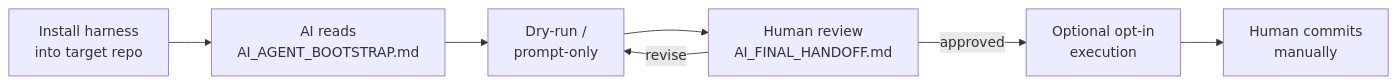
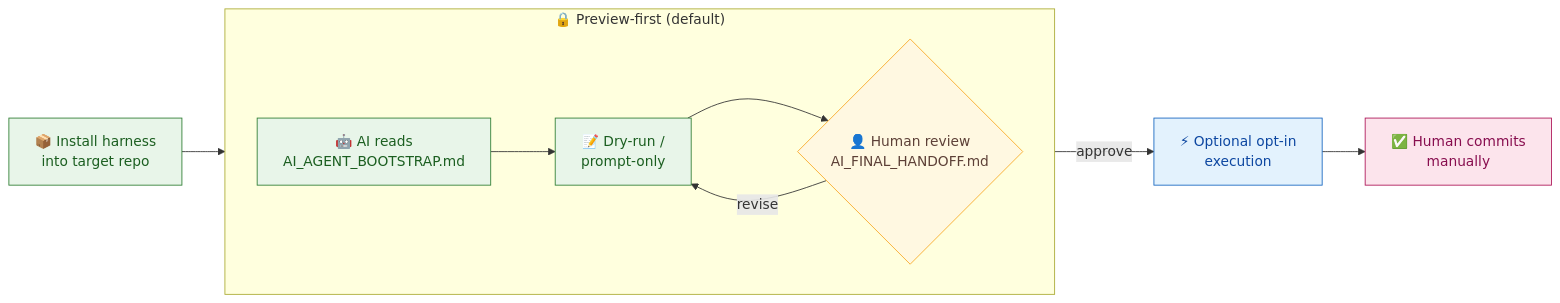
One commit to hwan96-ai/ai-service-template changed the diagram in README.md. Above: the diagram before and after it, drawn with Mermaid. The commit also changed other lines of this file and 3 other files, not shown here.

````diff
--- a/README.md
+++ b/README.md
@@ -25,9 +27,23 @@
 ```mermaid
 flowchart LR
-    A[Install harness<br/>into target repo] --> B[AI reads<br/>AI_AGENT_BOOTSTRAP.md]
-    B --> C[Dry-run /<br/>prompt-only]
-    C --> D[Human review<br/>AI_FINAL_HANDOFF.md]
-    D -->|approved| E[Optional opt-in<br/>execution]
+    A["📦 Install harness<br/>into target repo"] --> B["🤖 AI reads<br/>AI_AGENT_BOOTSTRAP.md"]
+
+    subgraph PREVIEW ["🔒 Preview-first (default)"]
+        direction LR
+        B --> C["📝 Dry-run /<br/>prompt-only"]
+        C --> D{"👤 Human review<br/>AI_FINAL_HANDOFF.md"}
+    end
+
     D -->|revise| C
-    E --> F[Human commits<br/>manually]
+    D -->|approve| E["⚡ Optional opt-in<br/>execution"]
+    E --> F["✅ Human commits<br/>manually"]
+
+    classDef safe fill:#e8f5e9,stroke:#2e7d32,color:#1b5e20;
+    classDef gate fill:#fff8e1,stroke:#f9a825,color:#5d4037;
+    classDef action fill:#e3f2fd,stroke:#1565c0,color:#0d47a1;
+    classDef human fill:#fce4ec,stroke:#ad1457,color:#880e4f;
+    class A,B,C safe;
+    class D gate;
+    class E action;
+    class F human;
 ```
````
